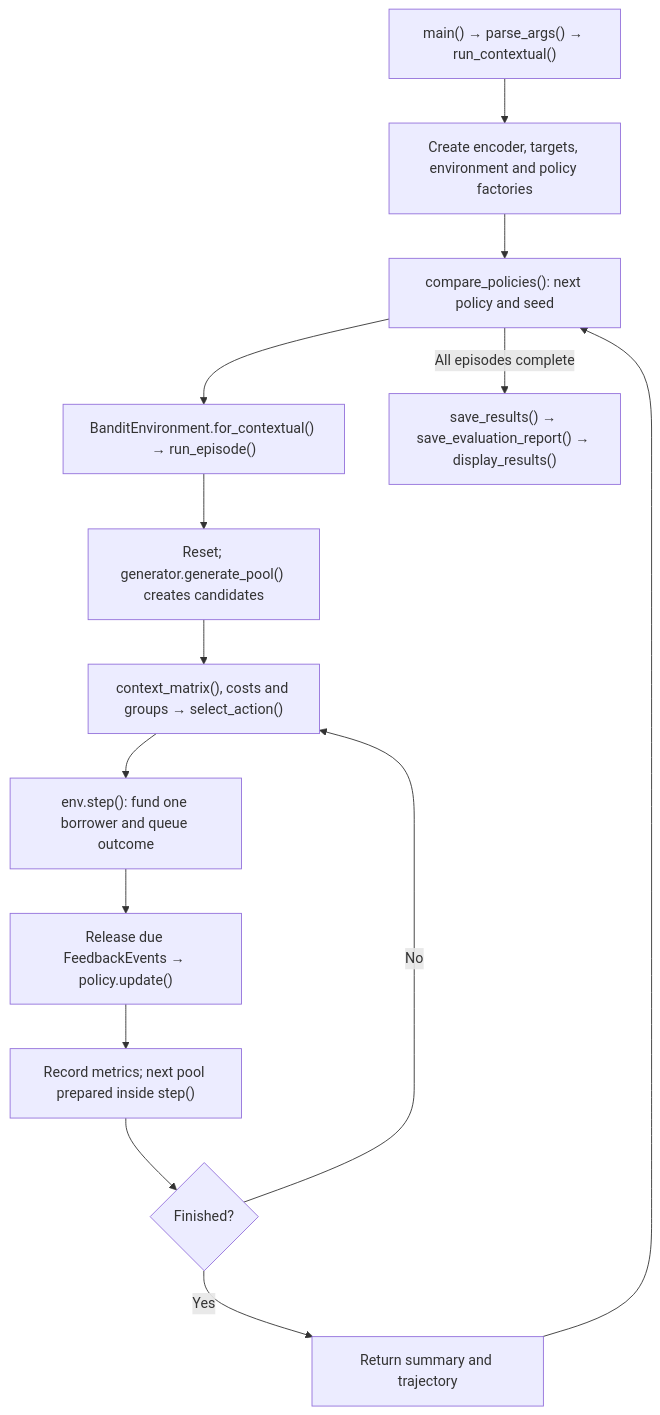
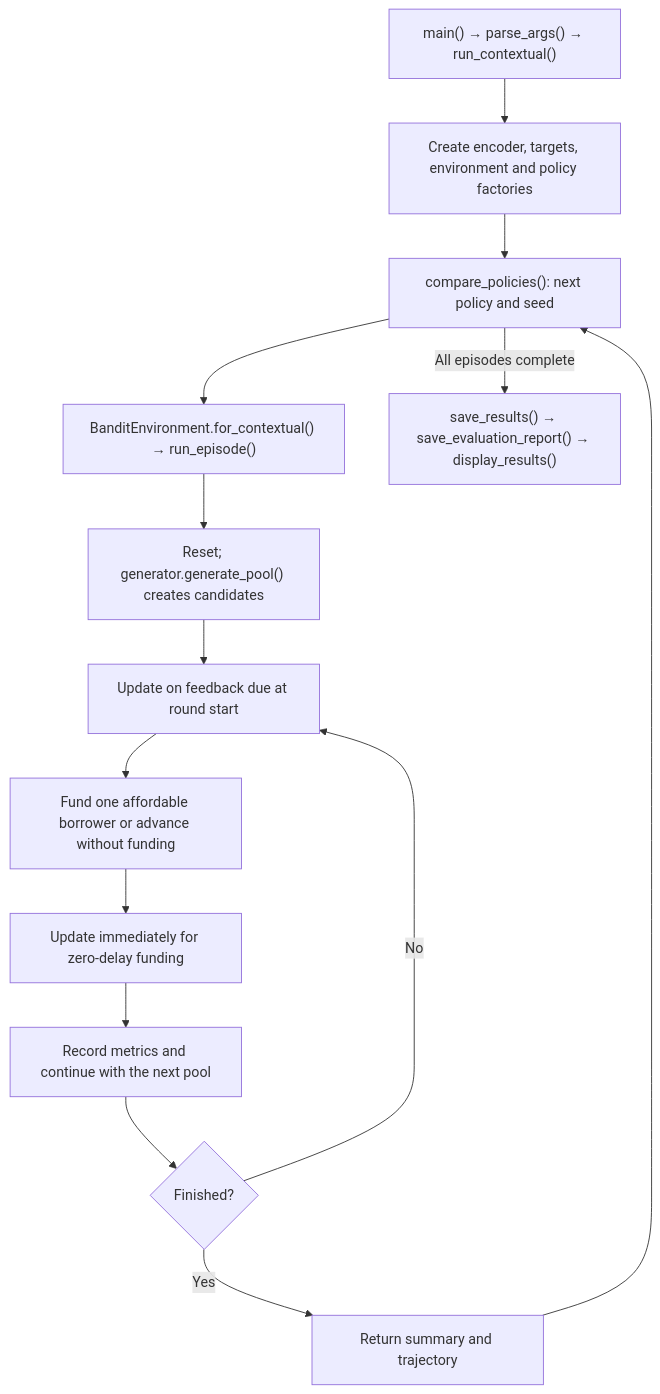
The third of 6 diagrams in README.md (Shuniy/FairBudgetedMicrofinanceAllocation), drawn with Mermaid before and after one commit. The commit also changed other lines of this file and 18 other files, not shown here.

````diff
--- a/README.md
+++ b/README.md
@@ -276,16 +280,16 @@
 ```mermaid
 flowchart TD
     A["main() → parse_args() → run_contextual()"] --> B["Create encoder, targets, environment and policy factories"]
     B --> C["compare_policies(): next policy and seed"]
     C --> D["BanditEnvironment.for_contextual() → run_episode()"]
     D --> E["Reset; generator.generate_pool() creates candidates"]
-    E --> F["context_matrix(), costs and groups → select_action()"]
-    F --> G["env.step(): fund one borrower and queue outcome"]
-    G --> H["Release due FeedbackEvents → policy.update()"]
-    H --> I["Record metrics; next pool prepared inside step()"]
+    E --> F["Update on feedback due at round start"]
+    F --> G["Fund one affordable borrower or advance without funding"]
+    G --> H["Update immediately for zero-delay funding"]
+    H --> I["Record metrics and continue with the next pool"]
     I --> J{"Finished?"}
     J -->|No| F
     J -->|Yes| K["Return summary and trajectory"]
     K --> C
     C -->|All episodes complete| L["save_results() → save_evaluation_report() → display_results()"]
 ```
````
